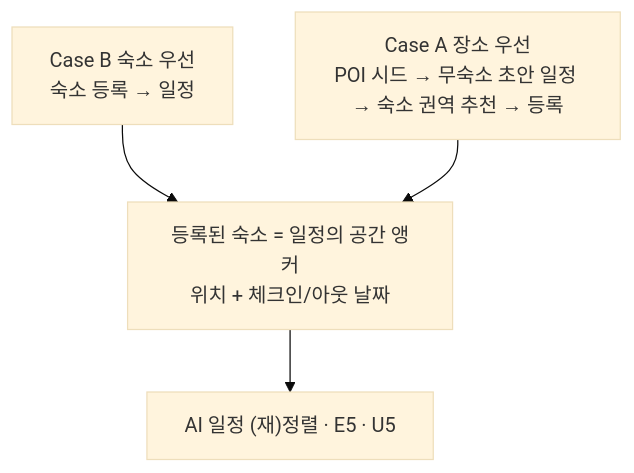
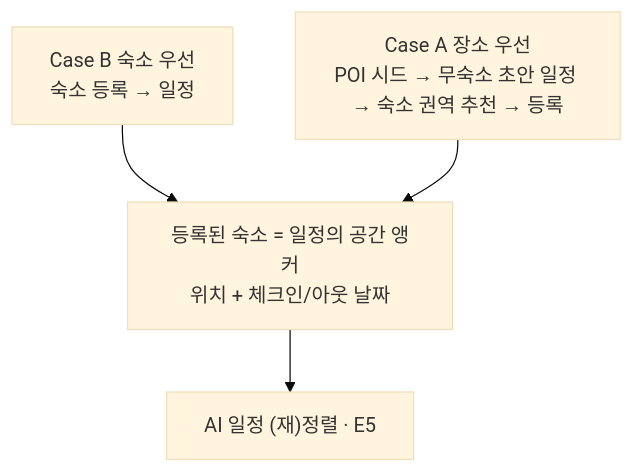
The first of 2 diagrams in docs/planning/scenarios.md (ASM-TripPilot/.github), drawn with Mermaid (base theme) before and after one commit. The commit also changed other lines of this file and 5 other files, not shown here.

````diff
--- a/docs/planning/scenarios.md
+++ b/docs/planning/scenarios.md
@@ -37,6 +15,6 @@
 ```mermaid
 flowchart TD
     B["Case B 숙소 우선<br/>숙소 등록 → 일정"] --> C["등록된 숙소 = 일정의 공간 앵커<br/>위치 + 체크인/아웃 날짜"]
     A["Case A 장소 우선<br/>POI 시드 → 무숙소 초안 일정 → 숙소 권역 추천 → 등록"] --> C
-    C --> D["AI 일정 (재)정렬 · E5 · U5"]
+    C --> D["AI 일정 (재)정렬 · E5"]
 ```
````
